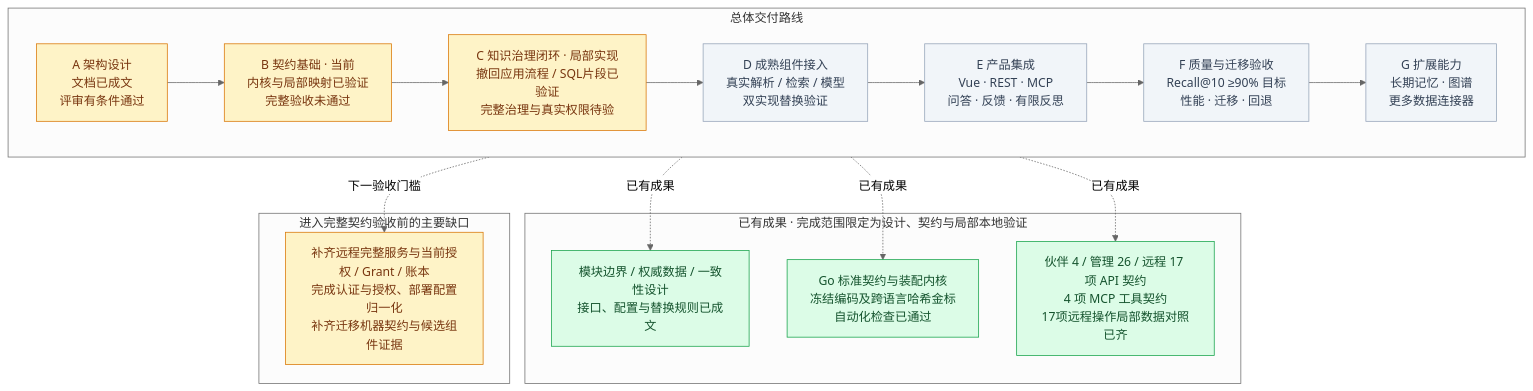
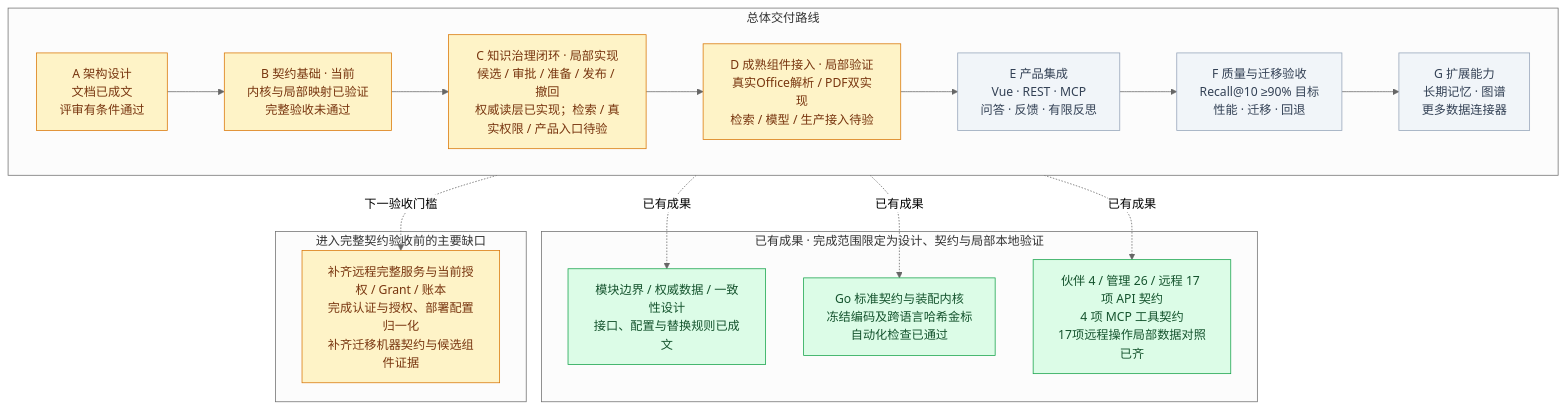
One commit to MemoryGet/memorys changed the diagram in docs/PROGRESS.md. Above: the diagram before and after it, drawn with Mermaid (neutral theme). The commit also changed other lines of this file and 145 other files, not shown here.

````diff
--- a/docs/PROGRESS.md
+++ b/docs/PROGRESS.md
@@ -9,34 +9,34 @@
 ```mermaid
 flowchart TB
     subgraph ROAD[总体交付路线]
         direction LR
         A["A 架构设计<br/>文档已成文<br/>评审有条件通过"] --> B["B 契约基础 · 当前<br/>内核与局部映射已验证<br/>完整验收未通过"]
-        B --> C["C 知识治理闭环 · 局部实现<br/>撤回应用流程 / SQL片段已验证<br/>完整治理与真实权限待验"]
-        C --> D["D 成熟组件接入<br/>真实解析 / 检索 / 模型<br/>双实现替换验证"]
+        B --> C["C 知识治理闭环 · 局部实现<br/>候选 / 审批 / 准备 / 发布 / 撤回<br/>权威读层已实现；检索 / 真实权限 / 产品入口待验"]
+        C --> D["D 成熟组件接入 · 局部验证<br/>真实Office解析 / PDF双实现<br/>检索 / 模型 / 生产接入待验"]
         D --> E["E 产品集成<br/>Vue · REST · MCP<br/>问答 · 反馈 · 有限反思"]
         E --> F["F 质量与迁移验收<br/>Recall@10 ≥90% 目标<br/>性能 · 迁移 · 回退"]
         F --> G["G 扩展能力<br/>长期记忆 · 图谱<br/>更多数据连接器"]
     end
 
     subgraph DONE[已有成果 · 完成范围限定为设计、契约与局部本地验证]
         X["模块边界 / 权威数据 / 一致性设计<br/>接口、配置与替换规则已成文"]
         Y["Go 标准契约与装配内核<br/>冻结编码及跨语言哈希金标<br/>自动化检查已通过"]
         Z["伙伴 4 / 管理 26 / 远程 17 项 API 契约<br/>4 项 MCP 工具契约<br/>17项远程操作局部数据对照已齐"]
     end
 
     subgraph GATE[进入完整契约验收前的主要缺口]
         H["补齐远程完整服务与当前授权 / Grant / 账本<br/>完成认证与授权、部署配置归一化<br/>补齐迁移机器契约与候选组件证据"]
     end
 
     A -.已有成果.-> X
     B -.已有成果.-> Y
     B -.已有成果.-> Z
     B -.下一验收门槛.-> H
 
     classDef done fill:#dcfce7,stroke:#16a34a,color:#14532d;
     classDef partial fill:#fef3c7,stroke:#d97706,color:#78350f;
     classDef pending fill:#f1f5f9,stroke:#94a3b8,color:#334155;
-    class A,B,C,H partial;
+    class A,B,C,D,H partial;
     class X,Y,Z done;
-    class D,E,F,G pending;
+    class E,F,G pending;
 ```
````
